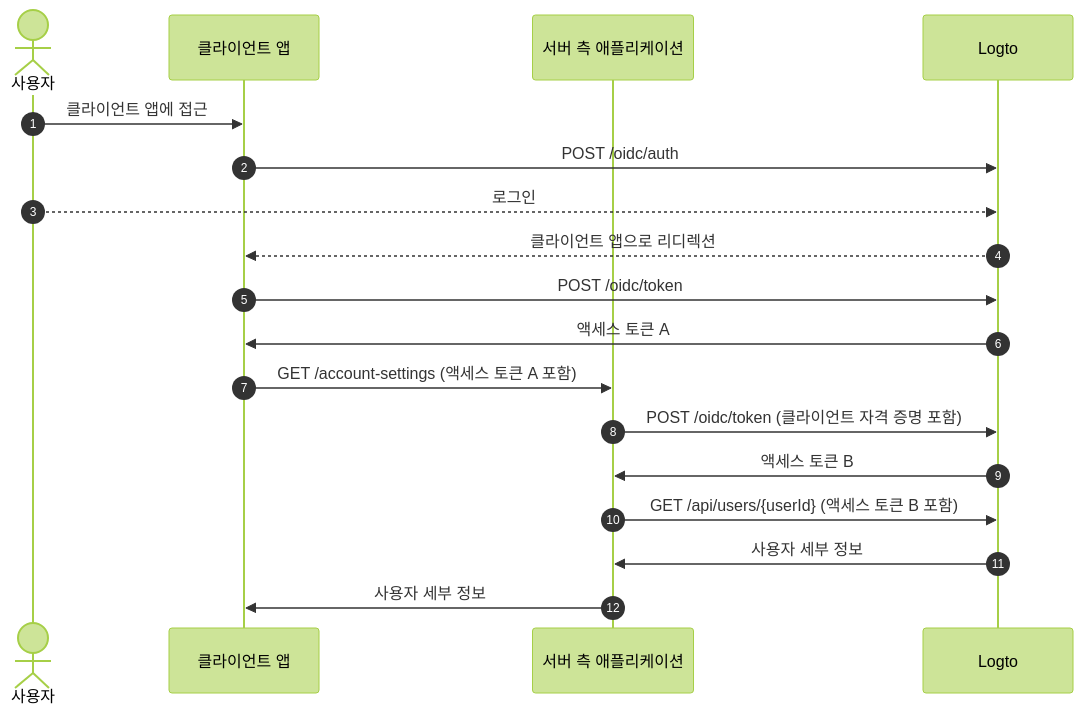
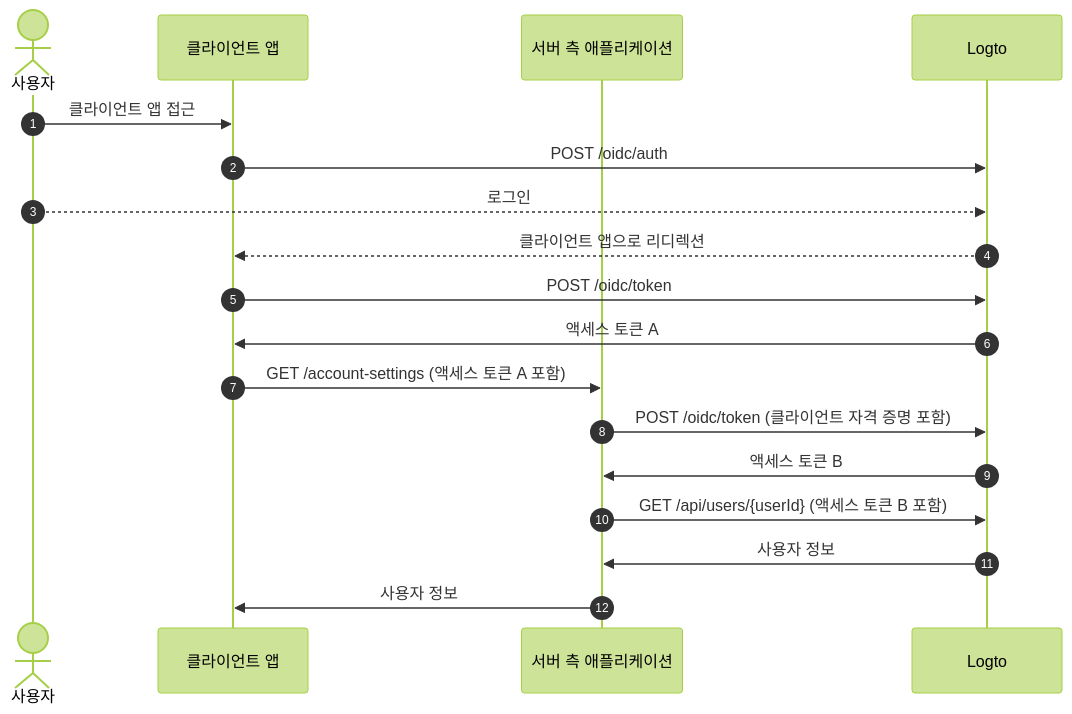
One commit to logto-io/docs changed the second of 3 diagrams in i18n/ko/docusaurus-plugin-content-docs/current/end-user-flows/account-settings/by-management-api.mdx. Above: the diagram before and after it, drawn with Mermaid (forest theme). The commit also changed other lines of this file and 80 other files, not shown here.

````diff
--- a/i18n/ko/docusaurus-plugin-content-docs/current/end-user-flows/account-settings/by-management-api.mdx
+++ b/i18n/ko/docusaurus-plugin-content-docs/current/end-user-flows/account-settings/by-management-api.mdx
@@ -27,21 +28,21 @@
 ```mermaid
   sequenceDiagram
     autonumber
     actor User as 사용자
     participant Client as 클라이언트 앱
     participant Server as 서버 측 애플리케이션
     participant Logto as Logto
 
-    User ->> Client: 클라이언트 앱에 접근
+    User ->> Client: 클라이언트 앱 접근
     Client ->> Logto: POST /oidc/auth
     User -->> Logto: 로그인
     Logto -->> Client: 클라이언트 앱으로 리디렉션
     Client ->> Logto: POST /oidc/token
     Logto ->> Client: 액세스 토큰 A
     Client ->> Server: GET /account-settings (액세스 토큰 A 포함)
     Server ->> Logto: POST /oidc/token (클라이언트 자격 증명 포함)
     Logto ->> Server: 액세스 토큰 B
     Server ->> Logto: GET /api/users/{userId} (액세스 토큰 B 포함)
-    Logto ->> Server: 사용자 세부 정보
-    Server ->> Client: 사용자 세부 정보
+    Logto ->> Server: 사용자 정보
+    Server ->> Client: 사용자 정보
 ```
````
